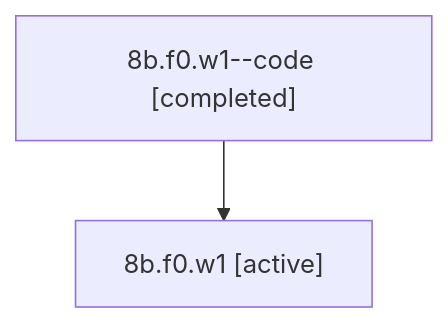
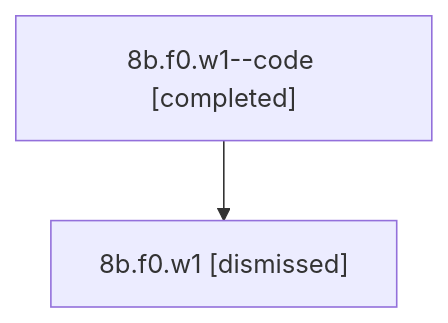
The diagram in sessions/bbugyi200.athena.8b.f0.w1.md (sase-org/sase--agents), drawn with Mermaid before and after one commit. The commit also changed other lines of this file and 33 other files, not shown here.

````diff
--- a/sessions/bbugyi200.athena.8b.f0.w1.md
+++ b/sessions/bbugyi200.athena.8b.f0.w1.md
@@ -9,6 +9,6 @@
 ```mermaid
 flowchart TD
   n0["8b.f0.w1--code [completed]"]
-  n1["8b.f0.w1 [active]"]
+  n1["8b.f0.w1 [dismissed]"]
   n0 --> n1
 ```
````
